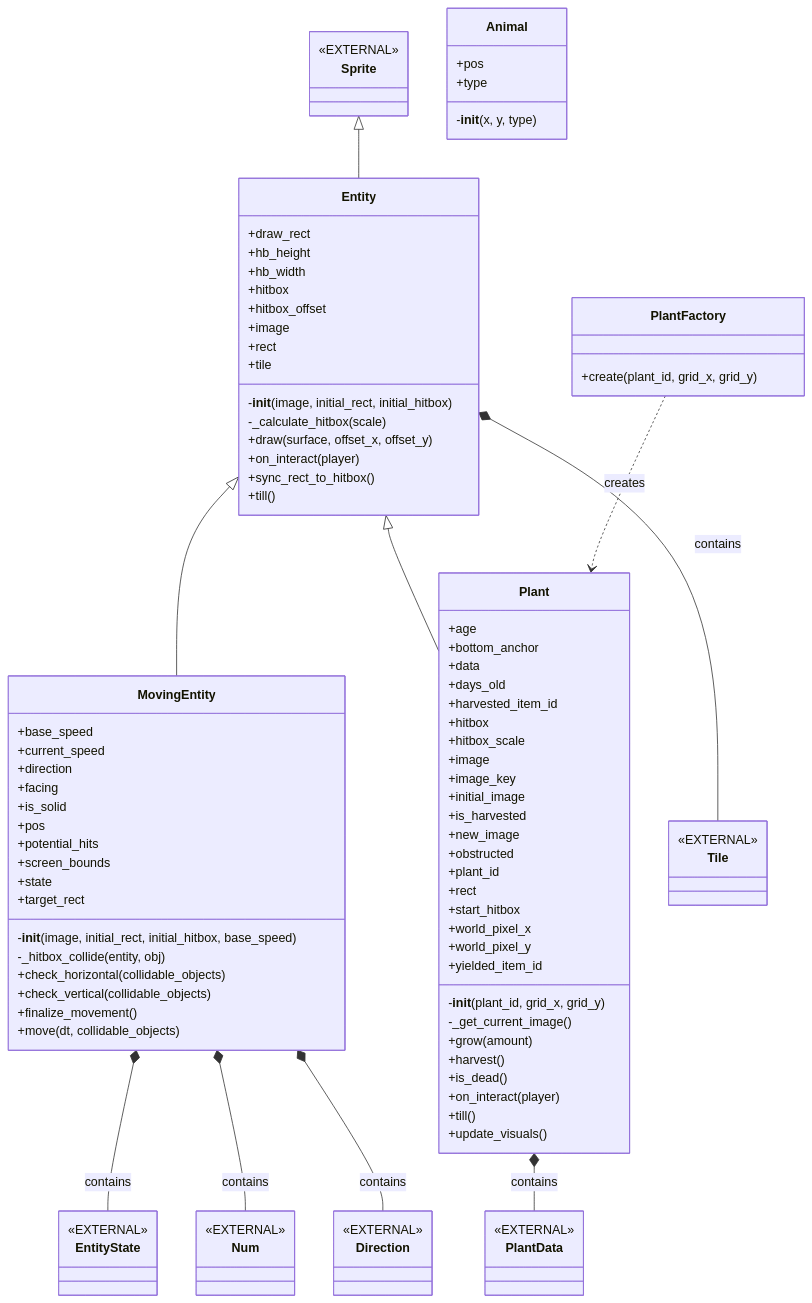
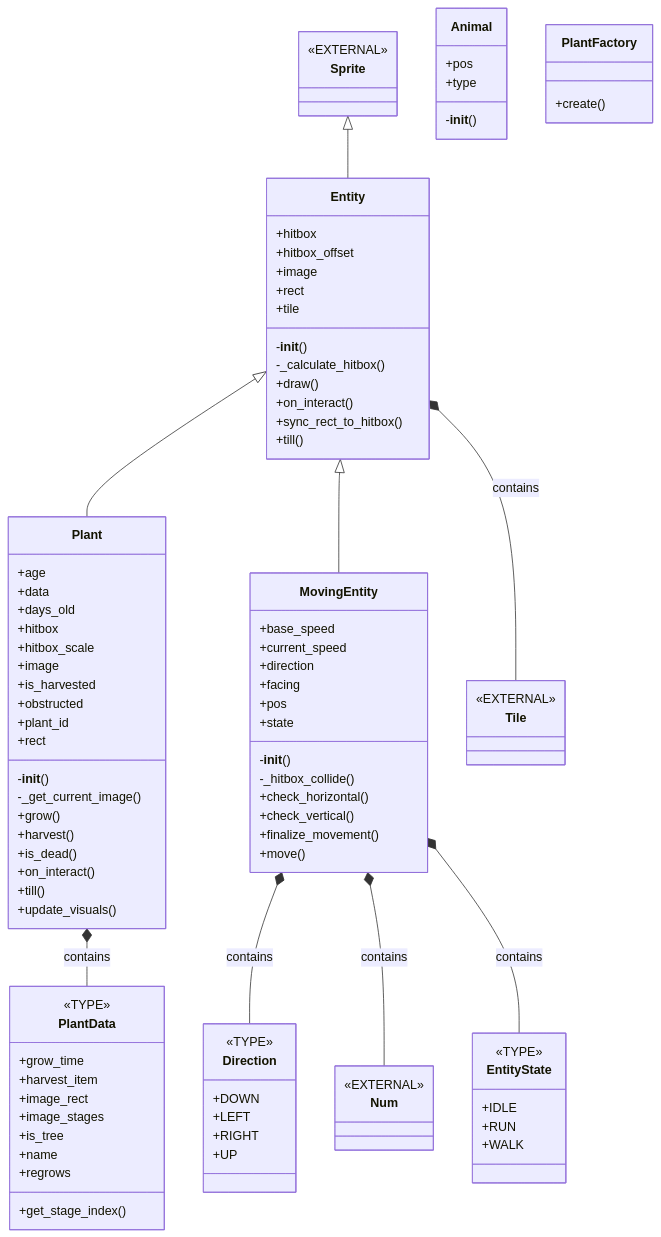
The diagram in uml/nature_base_uml.md (FlamboyantKiwi/Python-Plant-Sim), drawn with Mermaid before and after one commit. The commit also changed 16 other files, not shown here.

First line of the commit message:
Add wiki UML generator and refresh UML docs

````diff
--- a/uml/nature_base_uml.md
+++ b/uml/nature_base_uml.md
@@ -1,25 +1,39 @@
 ```mermaid
 classDiagram
+    Entity <|-- Plant
+    Sprite <|-- Entity
     Entity <|-- MovingEntity
-    Sprite <|-- Entity
-    Entity <|-- Plant
     Entity *-- Tile : contains
+    MovingEntity *-- Direction : contains
     Plant *-- PlantData : contains
+    MovingEntity *-- Num : contains
     MovingEntity *-- EntityState : contains
-    MovingEntity *-- Num : contains
-    MovingEntity *-- Direction : contains
-    PlantFactory ..> Plant : creates
     class Direction {
-        <<EXTERNAL>>
+        <<TYPE>>
+        +DOWN
+        +LEFT
+        +RIGHT
+        +UP
     }
     class EntityState {
-        <<EXTERNAL>>
+        <<TYPE>>
+        +IDLE
+        +RUN
+        +WALK
     }
     class Num {
         <<EXTERNAL>>
     }
     class PlantData {
-        <<EXTERNAL>>
+        <<TYPE>>
+        +grow_time
+        +harvest_item
+        +image_rect
+        +image_stages
+        +is_tree
+        +name
+        +regrows
+        +get_stage_index()
     }
     class Sprite {
         <<EXTERNAL>>
@@ -27,75 +41,59 @@
     class Tile {
         <<EXTERNAL>>
     }
+    class Animal {
+        +pos
+        +type
+        -__init__()
+    }
+    class Plant {
+        +age
+        +data
+        +days_old
+        +hitbox
+        +hitbox_scale
+        +image
+        +is_harvested
+        +obstructed
+        +plant_id
+        +rect
+        -__init__()
+        -_get_current_image()
+        +grow()
+        +harvest()
+        +is_dead()
+        +on_interact()
+        +till()
+        +update_visuals()
+    }
+    class PlantFactory {
+        +create()
+    }
+    class Entity {
+        +hitbox
+        +hitbox_offset
+        +image
+        +rect
+        +tile
+        -__init__()
+        -_calculate_hitbox()
+        +draw()
+        +on_interact()
+        +sync_rect_to_hitbox()
+        +till()
+    }
     class MovingEntity {
         +base_speed
         +current_speed
         +direction
         +facing
-        +is_solid
         +pos
-        +potential_hits
-        +screen_bounds
         +state
-        +target_rect
-        -__init__(image, initial_rect, initial_hitbox, base_speed)
-        -_hitbox_collide(entity, obj)
-        +check_horizontal(collidable_objects)
-        +check_vertical(collidable_objects)
+        -__init__()
+        -_hitbox_collide()
+        +check_horizontal()
+        +check_vertical()
         +finalize_movement()
-        +move(dt, collidable_objects)
-    }
-    class PlantFactory {
-        +create(plant_id, grid_x, grid_y)
-    }
-    class Entity {
-        +draw_rect
-        +hb_height
-        +hb_width
-        +hitbox
-        +hitbox_offset
-        +image
-        +rect
-        +tile
-        -__init__(image, initial_rect, initial_hitbox)
-        -_calculate_hitbox(scale)
-        +draw(surface, offset_x, offset_y)
-        +on_interact(player)
-        +sync_rect_to_hitbox()
-        +till()
-    }
-    class Animal {
-        +pos
-        +type
-        -__init__(x, y, type)
-    }
-    class Plant {
-        +age
-        +bottom_anchor
-        +data
-        +days_old
-        +harvested_item_id
-        +hitbox
-        +hitbox_scale
-        +image
-        +image_key
-        +initial_image
-        +is_harvested
-        +new_image
-        +obstructed
-        +plant_id
-        +rect
-        +start_hitbox
-        +world_pixel_x
-        +world_pixel_y
-        +yielded_item_id
-        -__init__(plant_id, grid_x, grid_y)
-        -_get_current_image()
-        +grow(amount)
-        +harvest()
-        +is_dead()
-        +on_interact(player)
-        +till()
-        +update_visuals()
+        +move()
     }
 ```
````
